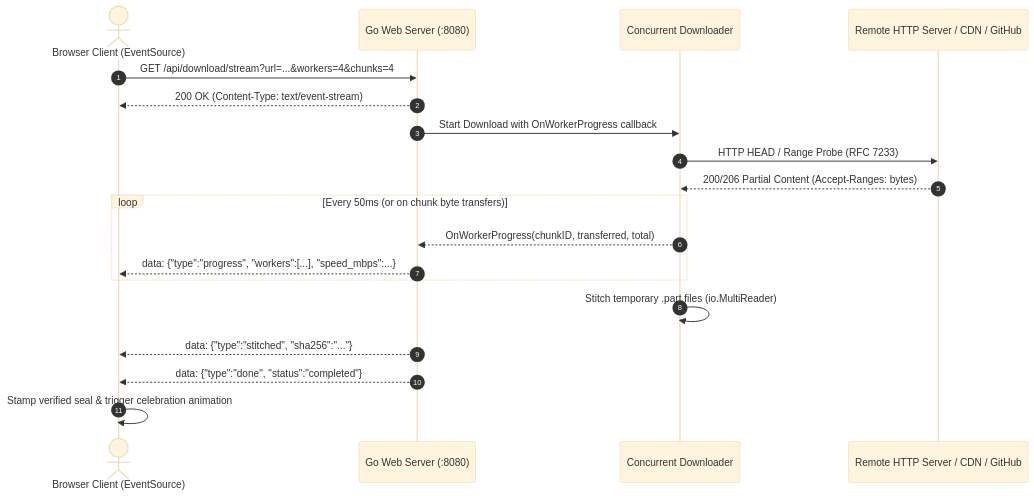
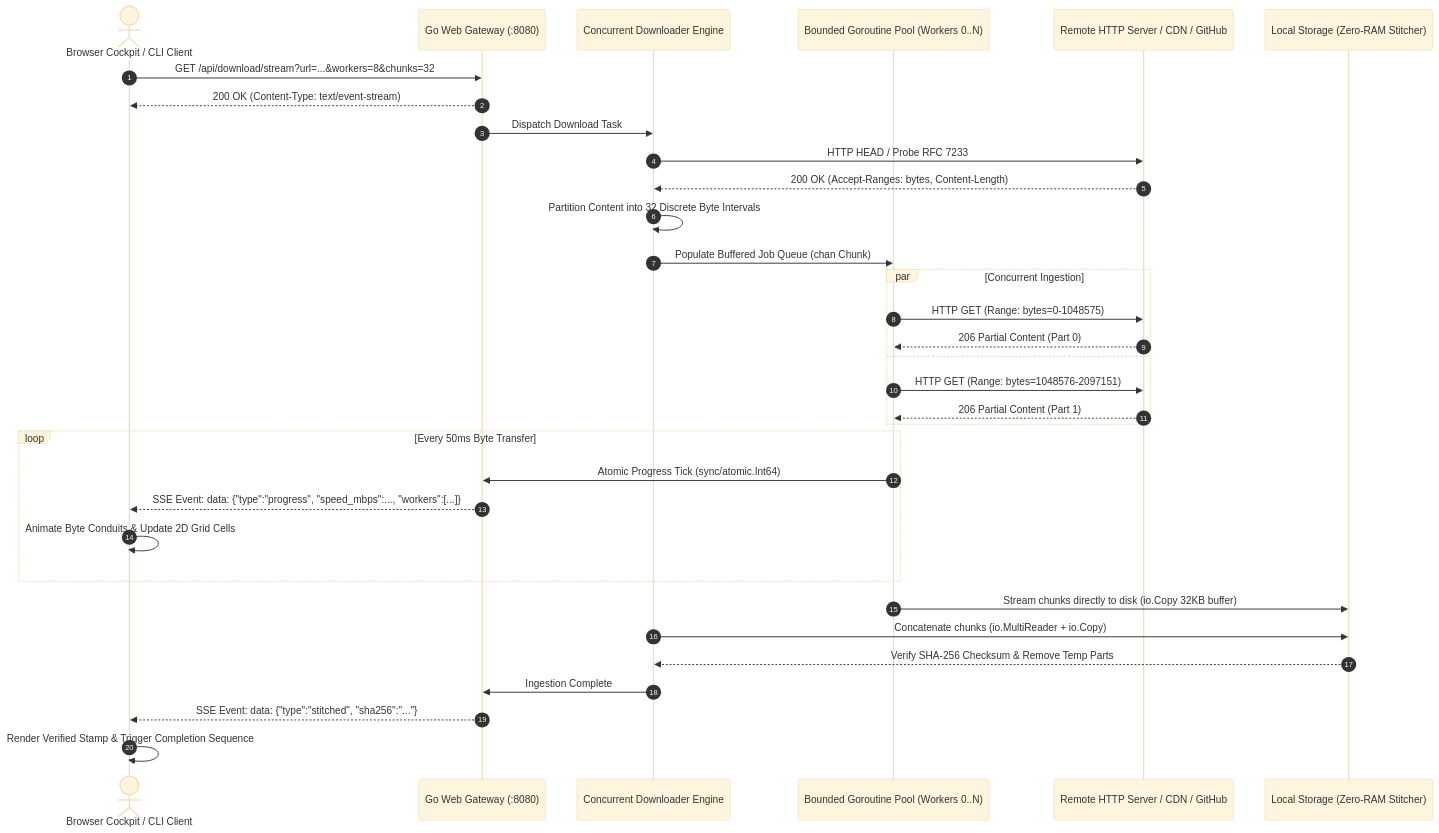
Before and after one commit to Anshu666666/beam: the diagram in README.md, drawn with Mermaid (base theme). The commit also changed other lines of this file and 10 other files, not shown here.

````diff
--- a/README.md
+++ b/README.md
@@ -123,22 +97,42 @@
 ```mermaid
 sequenceDiagram
     autonumber
-    actor User as Browser Client (EventSource)
-    participant Srv as Go Web Server (:8080)
-    participant DL as Concurrent Downloader
+    actor Client as Browser Cockpit / CLI Client
+    participant Web as Go Web Gateway (:8080)
+    participant Engine as Concurrent Downloader Engine
+    participant Workers as Bounded Goroutine Pool (Workers 0..N)
     participant Remote as Remote HTTP Server / CDN / GitHub
+    participant Disk as Local Storage (Zero-RAM Stitcher)
 
-    User->>Srv: GET /api/download/stream?url=...&workers=4&chunks=4
-    Srv-->>User: 200 OK (Content-Type: text/event-stream)
-    Srv->>DL: Start Download with OnWorkerProgress callback
-    DL->>Remote: HTTP HEAD / Range Probe (RFC 7233)
-    Remote-->>DL: 200/206 Partial Content (Accept-Ranges: bytes)
-    loop Every 50ms (or on chunk byte transfers)
-        DL-->>Srv: OnWorkerProgress(chunkID, transferred, total)
-        Srv-->>User: data: {"type":"progress", "workers":[...], "speed_mbps":...}
+    Client->>Web: GET /api/download/stream?url=...&workers=8&chunks=32
+    Web-->>Client: 200 OK (Content-Type: text/event-stream)
+    Web->>Engine: Dispatch Download Task
+    
+    Engine->>Remote: HTTP HEAD / Probe RFC 7233
+    Remote-->>Engine: 200 OK (Accept-Ranges: bytes, Content-Length)
+    
+    Engine->>Engine: Partition Content into 32 Discrete Byte Intervals
+    Engine->>Workers: Populate Buffered Job Queue (chan Chunk)
+    
+    par Concurrent Ingestion
+        Workers->>Remote: HTTP GET (Range: bytes=0-1048575)
+        Remote-->>Workers: 206 Partial Content (Part 0)
+    and
+        Workers->>Remote: HTTP GET (Range: bytes=1048576-2097151)
+        Remote-->>Workers: 206 Partial Content (Part 1)
     end
-    DL->>DL: Stitch temporary .part files (io.MultiReader)
-    Srv-->>User: data: {"type":"stitched", "sha256":"..."}
-    Srv-->>User: data: {"type":"done", "status":"completed"}
-    User->>User: Stamp verified seal & trigger celebration animation
+    
+    loop Every 50ms Byte Transfer
+        Workers->>Web: Atomic Progress Tick (sync/atomic.Int64)
+        Web-->>Client: SSE Event: data: {"type":"progress", "speed_mbps":..., "workers":[...]}
+        Client->>Client: Animate Byte Conduits & Update 2D Grid Cells
+    end
+    
+    Workers->>Disk: Stream chunks directly to disk (io.Copy 32KB buffer)
+    Engine->>Disk: Concatenate chunks (io.MultiReader + io.Copy)
+    Disk-->>Engine: Verify SHA-256 Checksum & Remove Temp Parts
+    
+    Engine->>Web: Ingestion Complete
+    Web-->>Client: SSE Event: data: {"type":"stitched", "sha256":"..."}
+    Client->>Client: Render Verified Stamp & Trigger Completion Sequence
 ```
````
